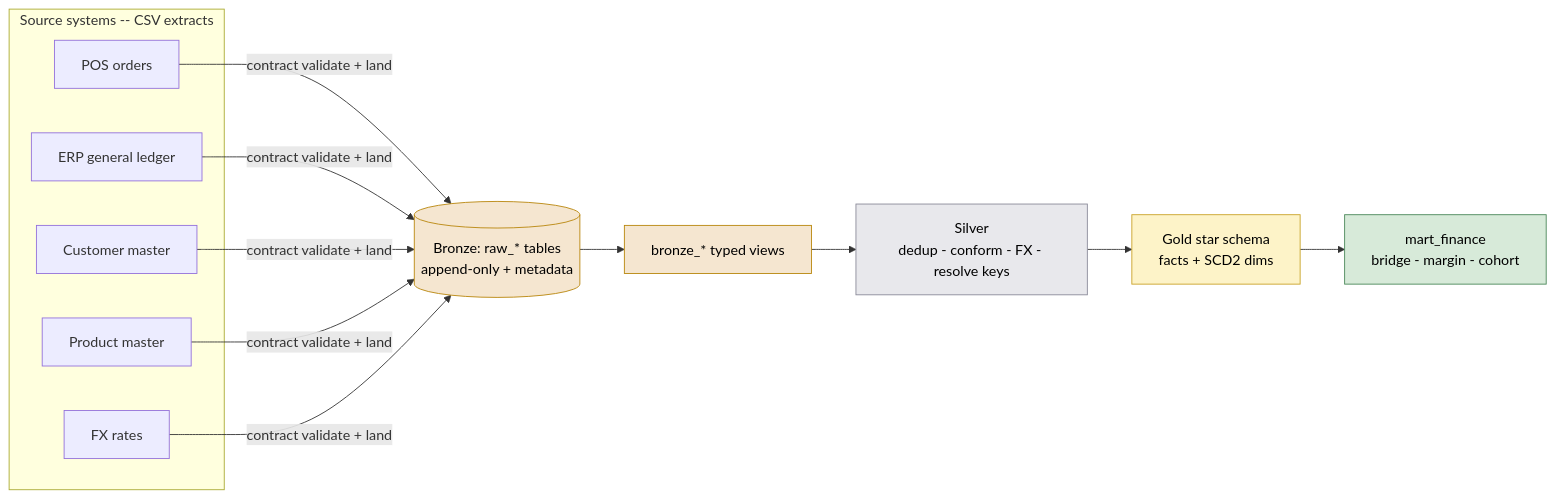
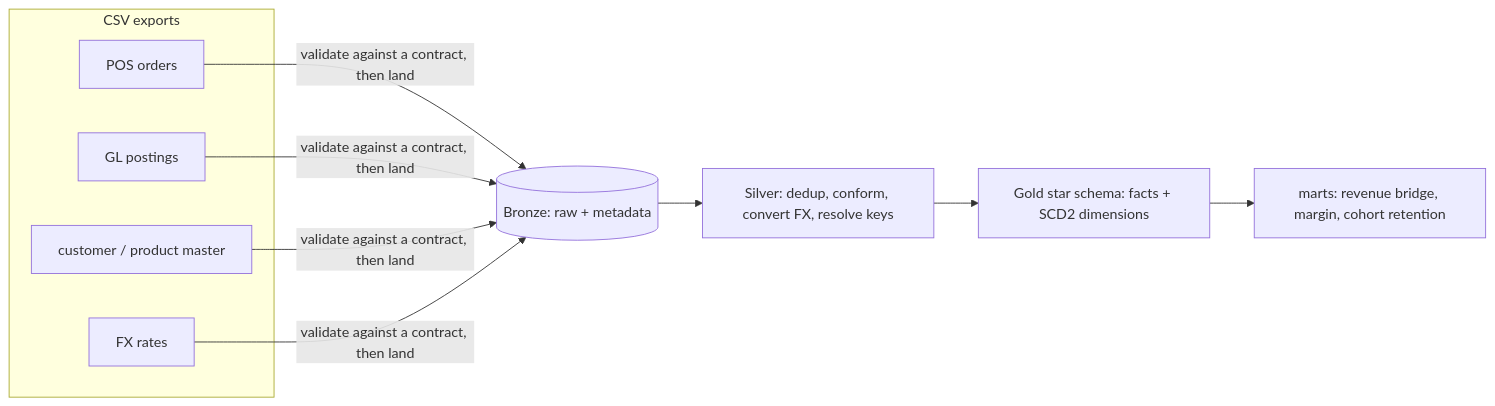
Before and after one commit to akhil-varsh/AI-Governed-Financial-Analytics-Platform: the diagram in README.md, drawn with Mermaid. The commit also changed other lines of this file and 1 other file, not shown here.

Commit message:
docs: update README and why notes to reflect project scope and architecture

````diff
--- a/README.md
+++ b/README.md
@@ -39,22 +33,13 @@
 ```mermaid
 flowchart LR
-  subgraph SRC[Source systems -- CSV extracts]
+  subgraph SRC[CSV exports]
     POS[POS orders]
-    GL[ERP general ledger]
-    CM[Customer master]
-    PM[Product master]
+    GL[GL postings]
+    M[customer / product master]
     FX[FX rates]
   end
-
-  POS & GL & CM & PM & FX -->|contract validate + land| RAW[(Bronze: raw_* tables<br/>append-only + metadata)]
-  RAW --> BRZ[bronze_* typed views]
-  BRZ --> SLV[Silver<br/>dedup - conform - FX - resolve keys]
-  SLV --> GLD[Gold star schema<br/>facts + SCD2 dims]
-  GLD --> MRT[mart_finance<br/>bridge - margin - cohort]
-
-  classDef bronze fill:#f5e6d0,stroke:#b8860b,color:#000;
-  classDef silver fill:#e8e8ec,stroke:#8a8a99,color:#000;
-  classDef gold fill:#fdf3c8,stroke:#c9a227,color:#000;
-  classDef mart fill:#d7ead9,stroke:#4a8759,color:#000;
-  class RAW,BRZ bronze; class SLV silver; class GLD gold; class MRT mart;
+  POS & GL & M & FX -->|validate against a contract, then land| B[(Bronze: raw + metadata)]
+  B --> S[Silver: dedup, conform, convert FX, resolve keys]
+  S --> G[Gold star schema: facts + SCD2 dimensions]
+  G --> MK[marts: revenue bridge, margin, cohort retention]
 ```
````
